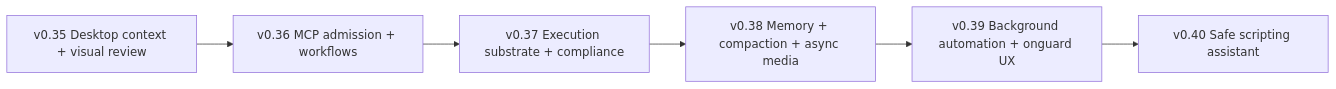
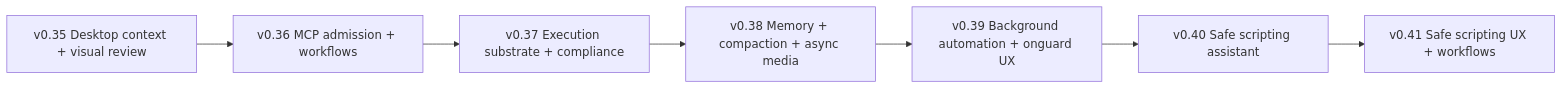
The diagram in ROADMAP.md (marctjones/capabledeputy), drawn with Mermaid before and after one commit. The commit also changed other lines of this file, not shown here.

Commit message:
docs: open v0.41 safe scripting UX roadmap

````diff
--- a/ROADMAP.md
+++ b/ROADMAP.md
@@ -17,10 +16,11 @@
 ```mermaid
 flowchart LR
   v35[v0.35 Desktop context + visual review]
   v36[v0.36 MCP admission + workflows]
   v37[v0.37 Execution substrate + compliance]
   v38[v0.38 Memory + compaction + async media]
   v39[v0.39 Background automation + onguard UX]
   v40[v0.40 Safe scripting assistant]
-  v35 --> v36 --> v37 --> v38 --> v39 --> v40
+  v41[v0.41 Safe scripting UX + workflows]
+  v35 --> v36 --> v37 --> v38 --> v39 --> v40 --> v41
 ```
````
